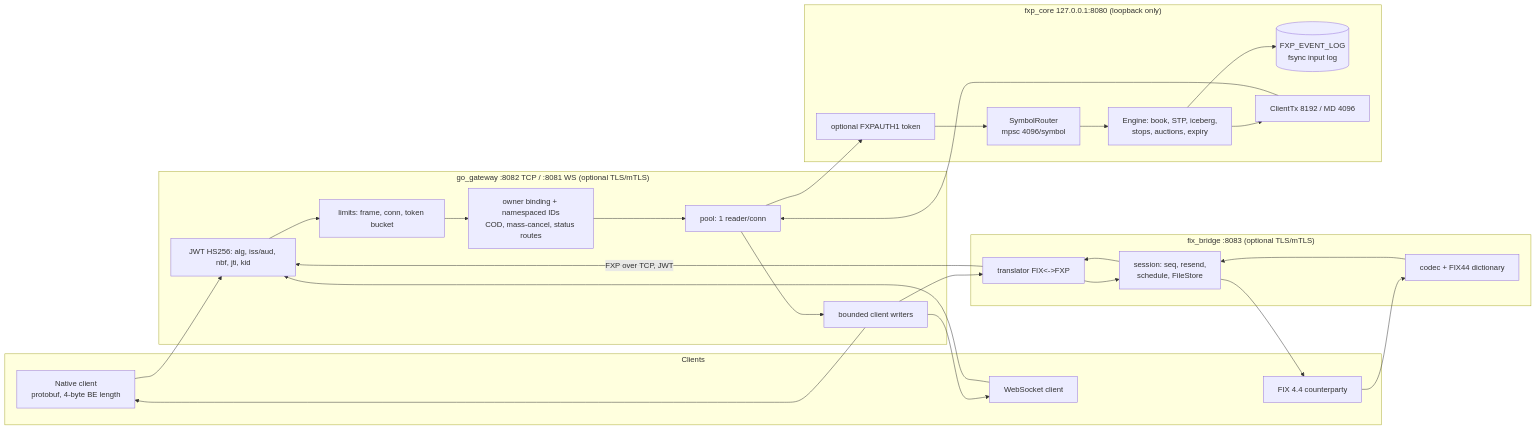
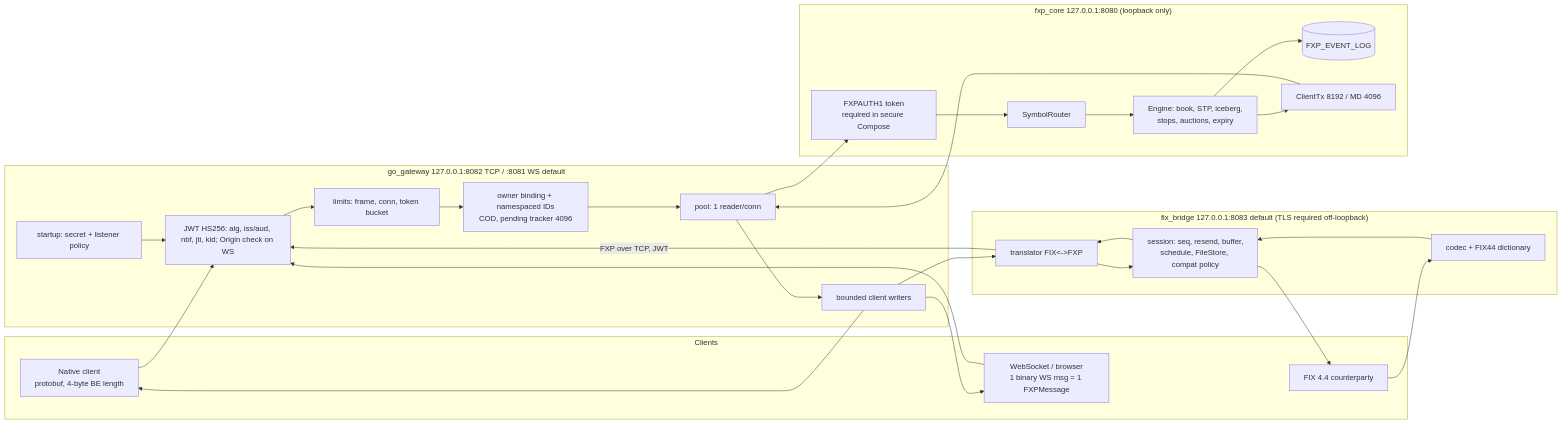
The diagram in ANALYSIS.md (StephT0560/fxp), drawn with Mermaid before and after one commit. The commit also changed other lines of this file, not shown here.

````diff
--- a/ANALYSIS.md
+++ b/ANALYSIS.md
@@ -57,31 +64,32 @@
 ```mermaid
 flowchart LR
   subgraph Clients
     N[Native client<br/>protobuf, 4-byte BE length]
-    W[WebSocket client]
+    W[WebSocket / browser<br/>1 binary WS msg = 1 FXPMessage]
     F[FIX 4.4 counterparty]
   end
-  subgraph Bridge["fix_bridge :8083 (optional TLS/mTLS)"]
-    FC[codec + FIX44 dictionary] --> FS[session: seq, resend,<br/>schedule, FileStore]
+  subgraph Bridge["fix_bridge 127.0.0.1:8083 default (TLS required off-loopback)"]
+    FC[codec + FIX44 dictionary] --> FS[session: seq, resend, buffer,<br/>schedule, FileStore, compat policy]
     FS --> FT[translator FIX&lt;-&gt;FXP]
   end
-  subgraph GW["go_gateway :8082 TCP / :8081 WS (optional TLS/mTLS)"]
-    A[JWT HS256: alg, iss/aud, nbf, jti, kid] --> L[limits: frame, conn, token bucket]
-    L --> O[owner binding + namespaced IDs<br/>COD, mass-cancel, status routes]
+  subgraph GW["go_gateway 127.0.0.1:8082 TCP / :8081 WS default"]
+    SV[startup: secret + listener policy] --> A
+    A[JWT HS256: alg, iss/aud, nbf, jti, kid; Origin check on WS] --> L[limits: frame, conn, token bucket]
+    L --> O[owner binding + namespaced IDs<br/>COD, pending tracker 4096]
     O --> P[pool: 1 reader/conn]
     CW[bounded client writers]
   end
   subgraph Core["fxp_core 127.0.0.1:8080 (loopback only)"]
-    CA[optional FXPAUTH1 token] --> R[SymbolRouter<br/>mpsc 4096/symbol]
+    CA[FXPAUTH1 token<br/>required in secure Compose] --> R[SymbolRouter]
     R --> E[Engine: book, STP, iceberg,<br/>stops, auctions, expiry]
-    E --> EL[(FXP_EVENT_LOG<br/>fsync input log)]
+    E --> EL[(FXP_EVENT_LOG)]
     E --> TX[ClientTx 8192 / MD 4096]
   end
   F --> FC
   FT -->|FXP over TCP, JWT| A
   N --> A
   W --> A
   P --> CA
   TX --> P --> CW --> N & W
   CW --> FT --> FS --> F
 ```
````
